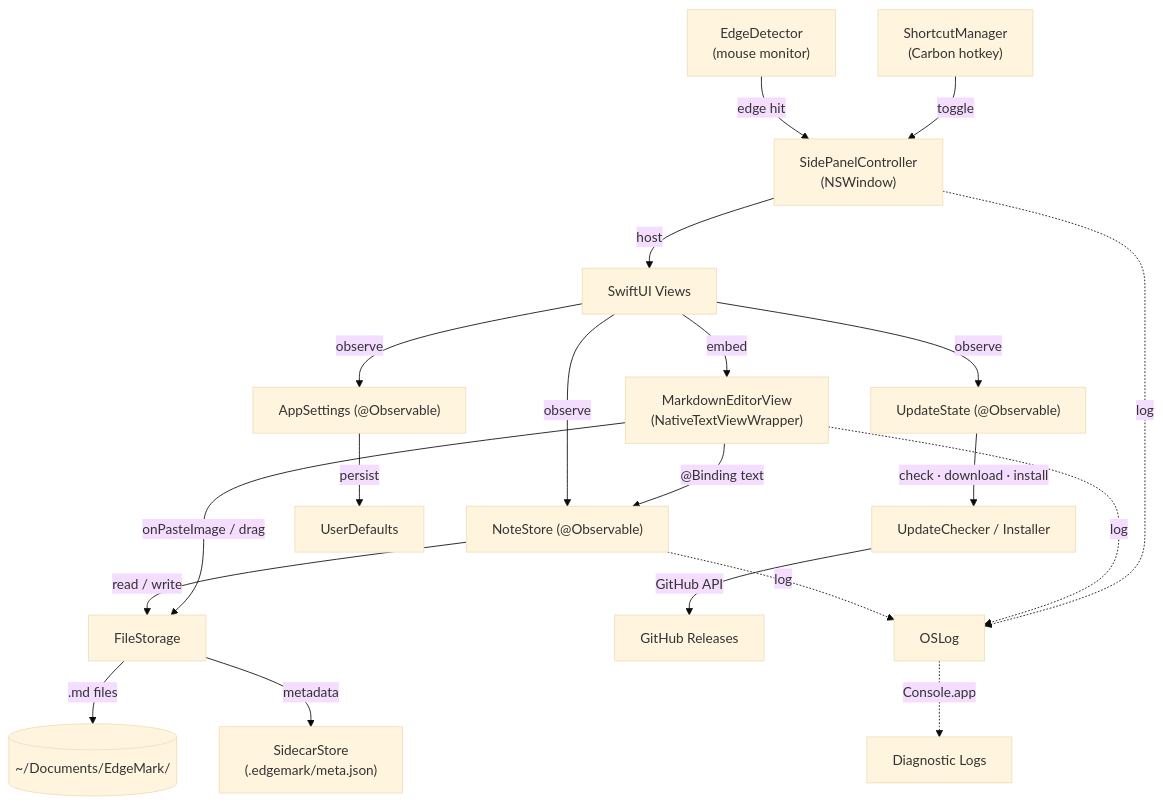
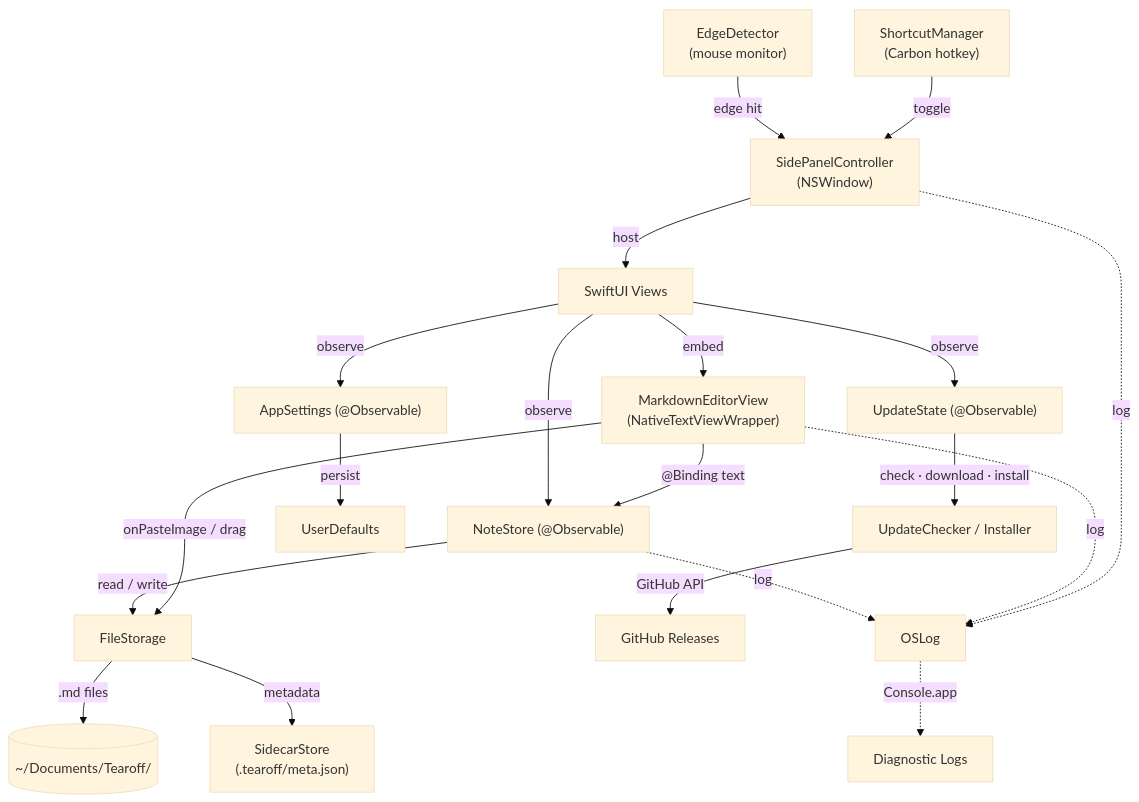
The diagram in CONTRIBUTING.md (zcyisiee/Tearoff), drawn with Mermaid (base theme) before and after one commit. The commit also changed other lines of this file and 161 other files, not shown here.

First line of the commit message:
feat: 项目更名为 Tearoff 并重做图标

````diff
--- a/CONTRIBUTING.md
+++ b/CONTRIBUTING.md
@@ -17,27 +17,27 @@
 ```mermaid
 graph TD
     EM["EdgeDetector<br/>(mouse monitor)"] -->|"edge hit"| SP["SidePanelController<br/>(NSWindow)"]
     HK["ShortcutManager<br/>(Carbon hotkey)"] -->|"toggle"| SP
     SP -->|"host"| SUI["SwiftUI Views"]
 
     SUI -->|"observe"| NS["NoteStore (@Observable)"]
     NS -->|"read / write"| FS["FileStorage"]
-    FS -->|".md files"| Disk[("~/Documents/EdgeMark/")]
-    FS -->|"metadata"| SC["SidecarStore<br/>(.edgemark/meta.json)"]
+    FS -->|".md files"| Disk[("~/Documents/Tearoff/")]
+    FS -->|"metadata"| SC["SidecarStore<br/>(.tearoff/meta.json)"]
 
     SUI -->|"observe"| AS["AppSettings (@Observable)"]
     AS -->|"persist"| UD["UserDefaults"]
 
     SUI -->|"observe"| US["UpdateState (@Observable)"]
     US -->|"check · download · install"| UC["UpdateChecker / Installer"]
     UC -->|"GitHub API"| GH["GitHub Releases"]
 
     SUI -->|"embed"| ED["MarkdownEditorView<br/>(NativeTextViewWrapper)"]
     ED -->|"@Binding text"| NS
     ED -->|"onPasteImage / drag"| FS
 
     NS -.->|"log"| Log["OSLog"]
     ED -.->|"log"| Log
     SP -.->|"log"| Log
     Log -.->|"Console.app"| CA["Diagnostic Logs"]
 ```
````
